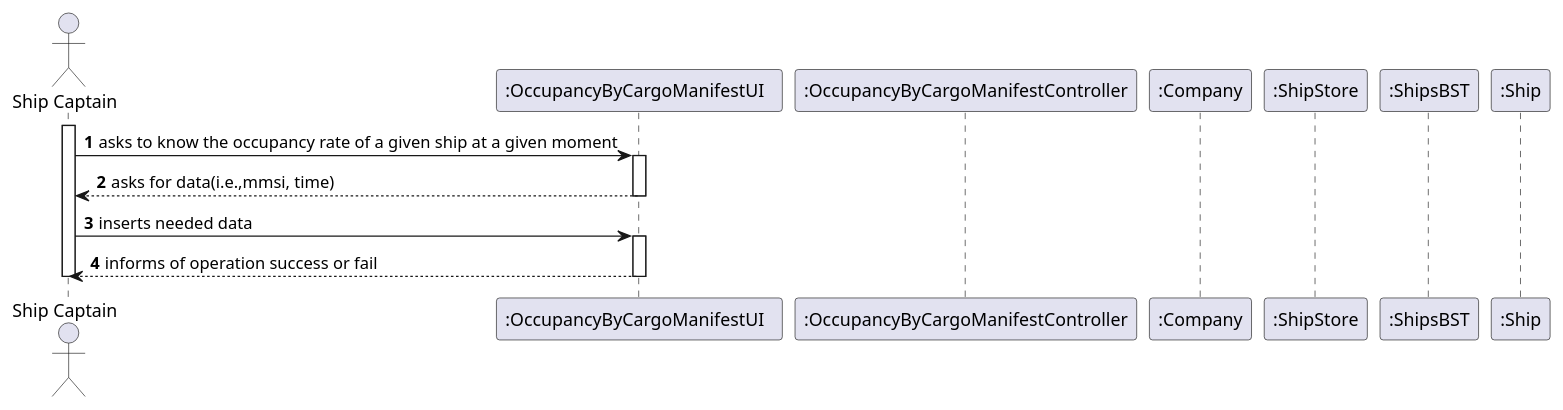
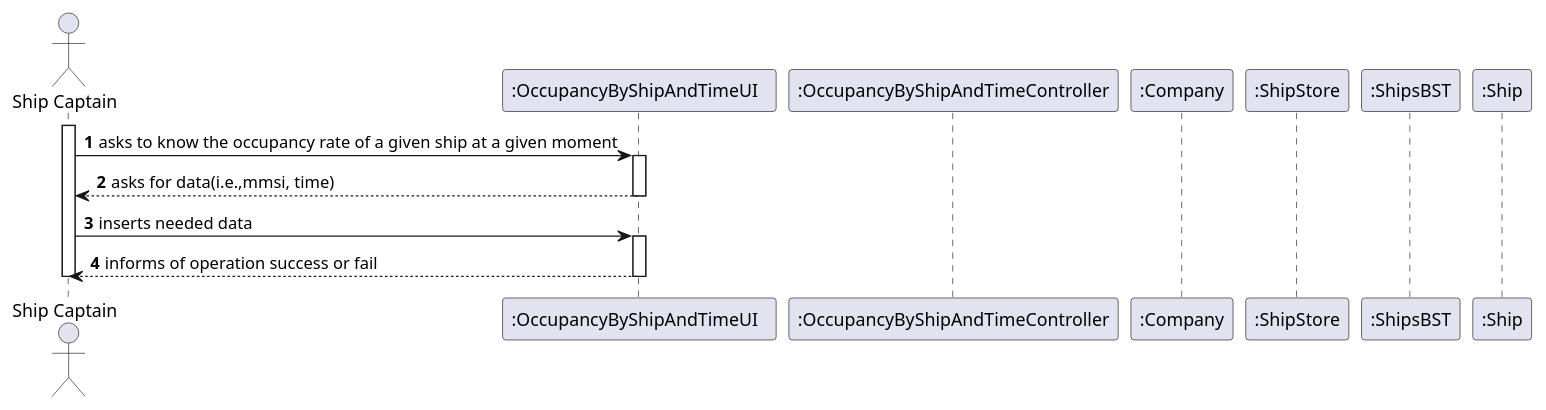
The diagram in docs/US209/US_209_SD.puml (ana-albergaria/LAPR3-ISEP), drawn with PlantUML before and after one commit. The commit also changed 1 other file, not shown here.

Commit message:
G54-99 #time 3m #comment Corrected minor error.

```diff
--- a/docs/US209/US_209_SD.puml
+++ b/docs/US209/US_209_SD.puml
@@ -1,23 +1,23 @@
 @startuml
 autonumber
 'hide footbox
 actor "Ship Captain" as SC
-participant ":OccupancyByCargoManifestUI  " as UI
-participant ":OccupancyByCargoManifestController" as CTRL
+participant ":OccupancyByShipAndTimeUI  " as UI
+participant ":OccupancyByShipAndTimeController" as CTRL
 participant ":Company" as CMP
 participant ":ShipStore" as STORE
 participant ":ShipsBST" as SBST
 participant ":Ship" as SHIP
 
 activate SC
 SC -> UI : asks to know the occupancy rate of a given ship at a given moment
 activate UI
 UI --> SC : asks for data(i.e.,mmsi, time)
 deactivate UI
 SC -> UI : inserts needed data
 activate UI
 UI --> SC : informs of operation success or fail
 deactivate UI
 deactivate SC
 
 @enduml
```
